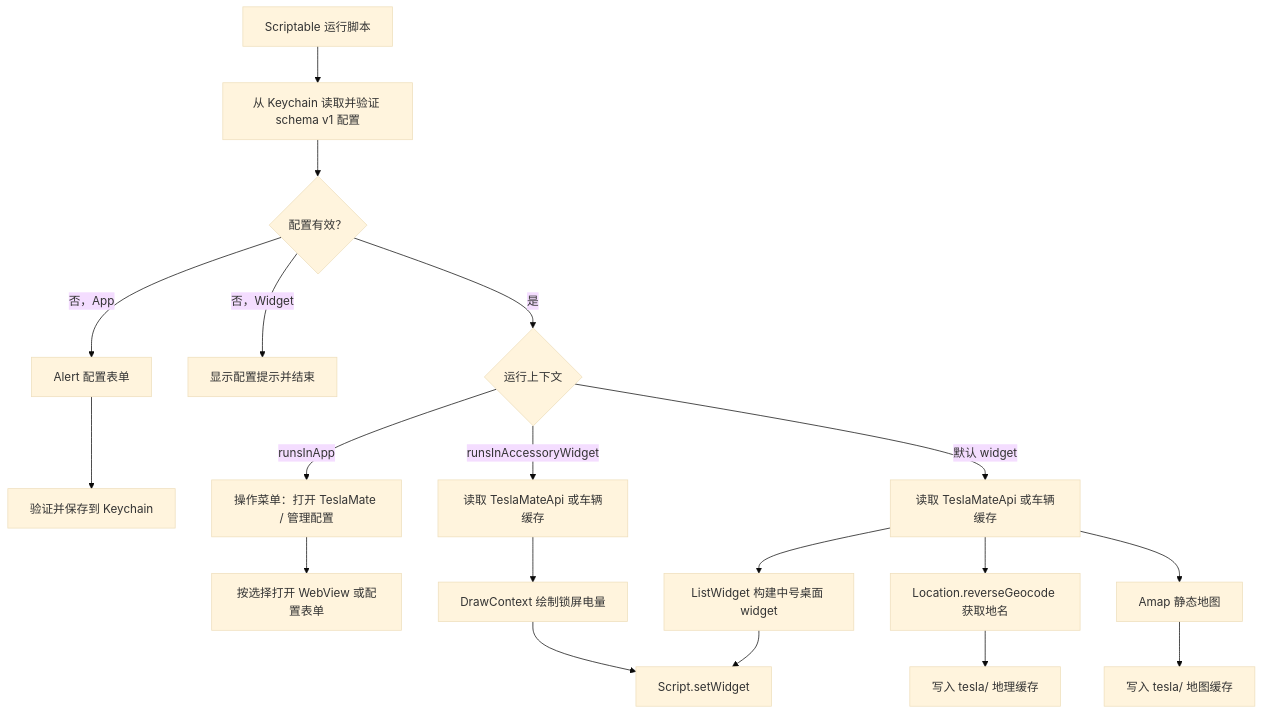
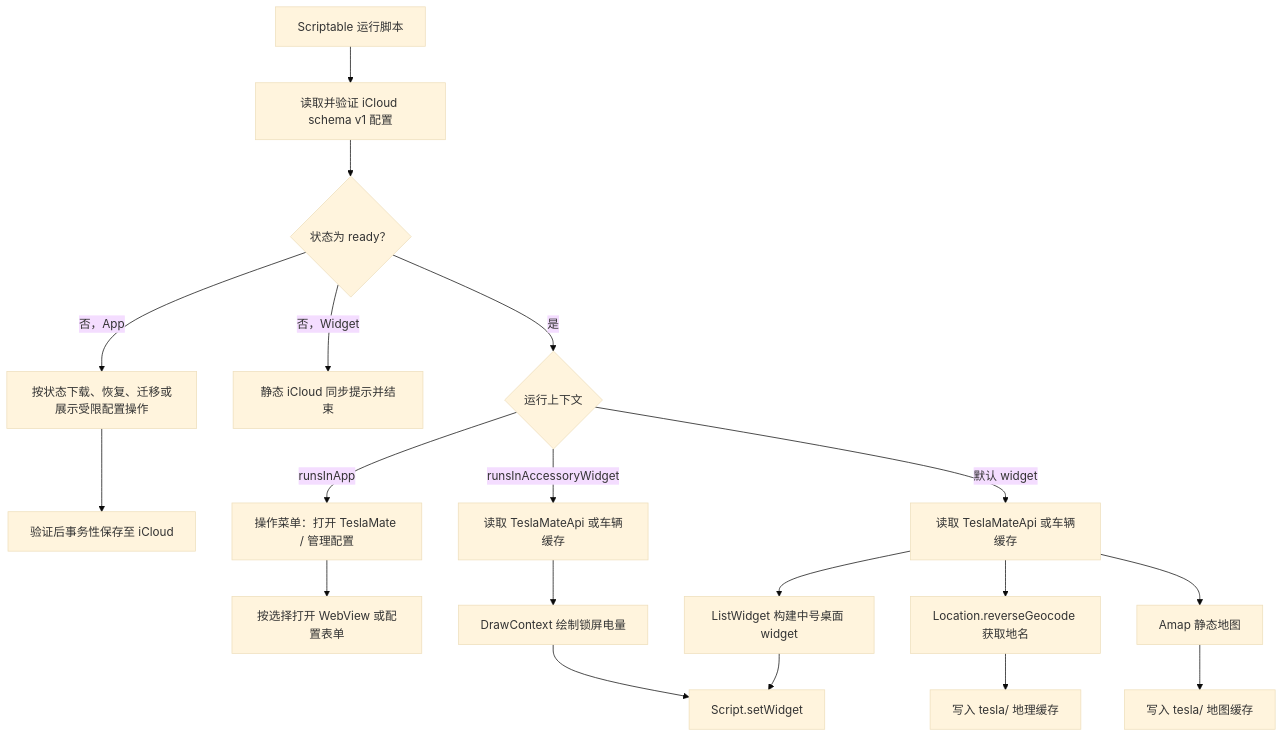
The diagram in docs/architecture.md (happyeddie/teslamate-widget), drawn with Mermaid (base theme) before and after one commit. The commit also changed other lines of this file and 2 other files, not shown here.

Commit message:
docs: 明确 iCloud 配置安全边界

````diff
--- a/docs/architecture.md
+++ b/docs/architecture.md
@@ -49,21 +50,21 @@
 ```mermaid
 flowchart TD
-  A["Scriptable 运行脚本"] --> B["从 Keychain 读取并验证 schema v1 配置"]
-  B --> C{"配置有效？"}
-  C -->|"否，App"| D["Alert 配置表单"]
-  C -->|"否，Widget"| E["显示配置提示并结束"]
-  D --> F["验证并保存到 Keychain"]
+  A["Scriptable 运行脚本"] --> B["读取并验证 iCloud schema v1 配置"]
+  B --> C{"状态为 ready？"}
+  C -->|"否，App"| D["按状态下载、恢复、迁移或展示受限配置操作"]
+  C -->|"否，Widget"| E["静态 iCloud 同步提示并结束"]
+  D --> F["验证后事务性保存至 iCloud"]
   C -->|"是"| G{"运行上下文"}
   G -->|"runsInApp"| H["操作菜单：打开 TeslaMate / 管理配置"]
   G -->|"runsInAccessoryWidget"| I["读取 TeslaMateApi 或车辆缓存"]
   G -->|"默认 widget"| J["读取 TeslaMateApi 或车辆缓存"]
   H --> K["按选择打开 WebView 或配置表单"]
   J --> L["Location.reverseGeocode 获取地名"]
   J --> M["Amap 静态地图"]
   L --> N["写入 tesla/ 地理缓存"]
   M --> O["写入 tesla/ 地图缓存"]
   I --> P["DrawContext 绘制锁屏电量"]
   J --> Q["ListWidget 构建中号桌面 widget"]
   P --> R["Script.setWidget"]
   Q --> R
 ```
````
